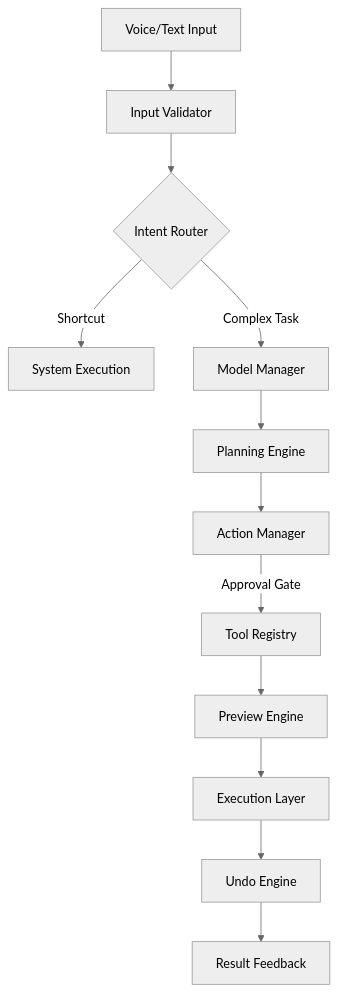
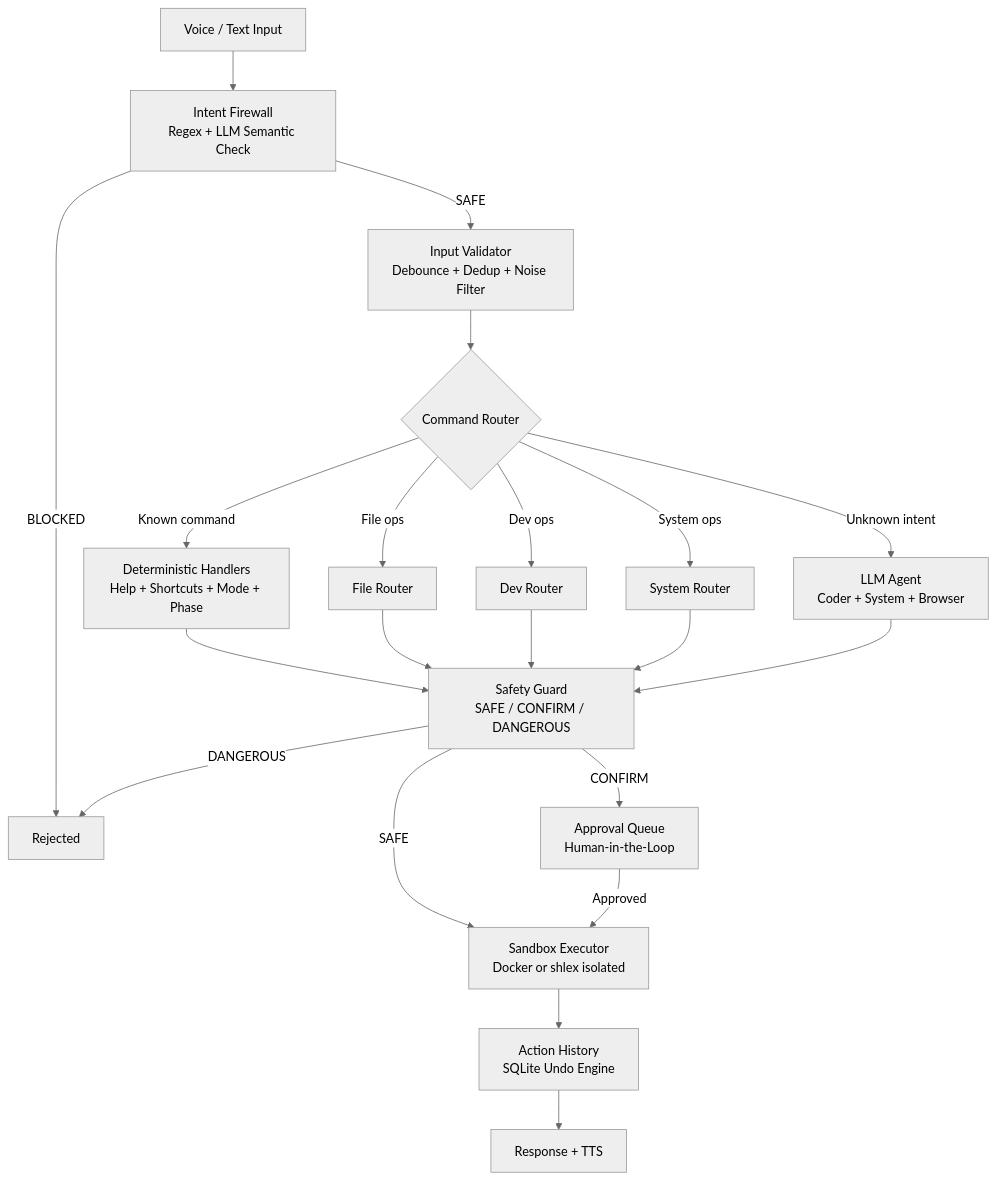
One commit to Sarvadnya07/sherly changed the diagram in README.md. Above: the diagram before and after it, drawn with Mermaid (neutral theme).

Commit message:
docs: restore architecture diagram flow in README

````diff
--- a/README.md
+++ b/README.md
@@ -56,14 +56,29 @@
 ```mermaid
-graph TD
-    A[Voice/Text Input] --> B[Input Validator]
-    B --> C{Intent Router}
-    C -->|Shortcut| D[System Execution]
-    C -->|Complex Task| E[Model Manager]
-    E --> F[Planning Engine]
-    F --> G[Action Manager]
-    G -->|Approval Gate| H[Tool Registry]
-    H --> I[Preview Engine]
-    I --> J[Execution Layer]
-    J --> K[Undo Engine]
-    K --> L[Result Feedback]
+flowchart TD
+    A[Voice / Text Input] --> B[Intent Firewall<br/>Regex + LLM Semantic Check]
+
+    B -->|SAFE| C[Input Validator<br/>Debounce + Dedup + Noise Filter]
+    B -->|BLOCKED| X[Rejected]
+
+    C --> D{Command Router}
+
+    D -->|Known command| E[Deterministic Handlers<br/>Help + Shortcuts + Mode + Phase]
+    D -->|File ops| F[File Router]
+    D -->|Dev ops| G[Dev Router]
+    D -->|System ops| H[System Router]
+    D -->|Unknown intent| I[LLM Agent<br/>Coder + System + Browser]
+
+    E --> J[Safety Guard<br/>SAFE / CONFIRM / DANGEROUS]
+    F --> J
+    G --> J
+    H --> J
+    I --> J
+
+    J -->|DANGEROUS| X
+    J -->|SAFE| L[Sandbox Executor<br/>Docker or shlex isolated]
+    J -->|CONFIRM| K[Approval Queue<br/>Human-in-the-Loop]
+
+    K -->|Approved| L
+    L --> M[Action History<br/>SQLite Undo Engine]
+    M --> N[Response + TTS]
 ```
````
